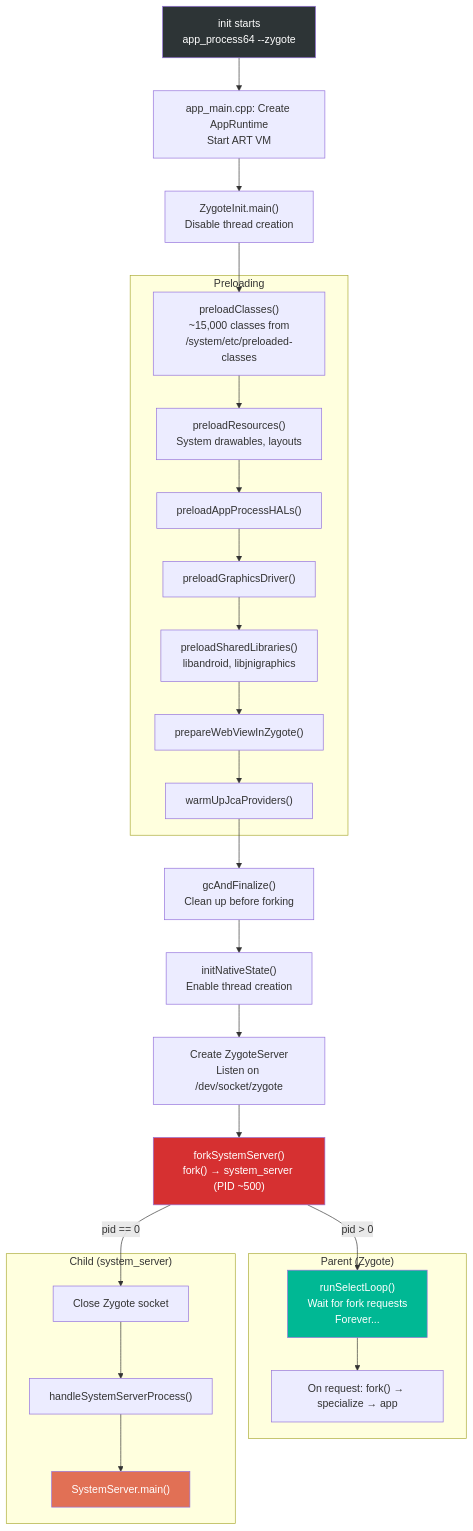
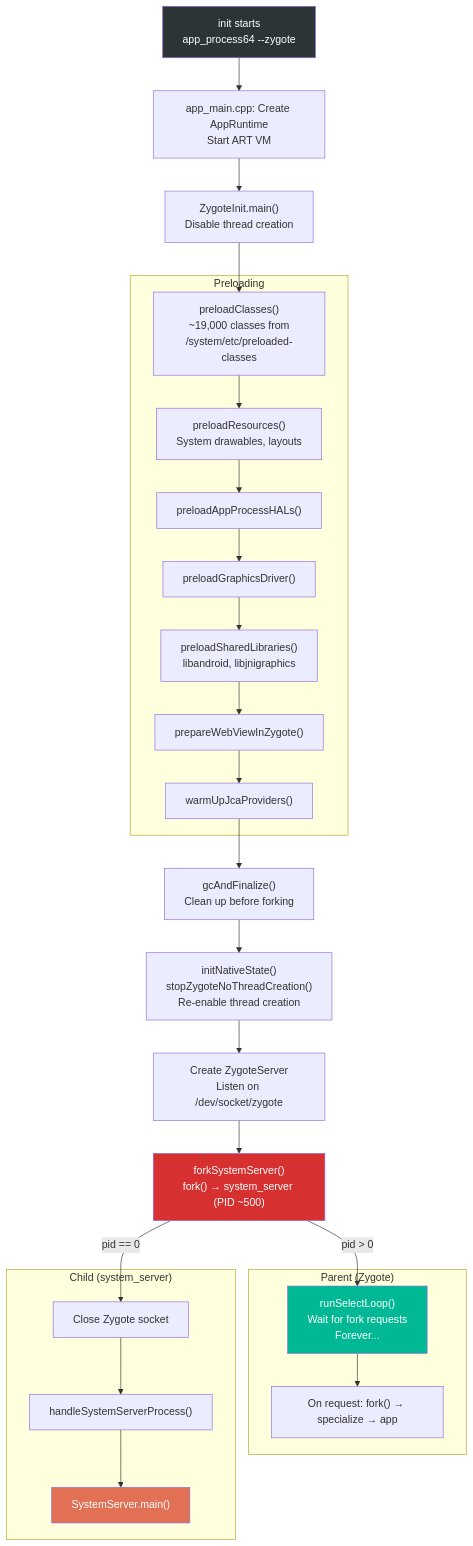
One commit to aospbooks/aosp-internal-book changed the eighth of 16 diagrams in agents/claude/skills/aosp-kernel-and-boot/04-boot-and-init.md. Above: the diagram before and after it, drawn with Mermaid. The commit also changed other lines of this file and 218 other files, not shown here.

````diff
--- a/agents/claude/skills/aosp-kernel-and-boot/04-boot-and-init.md
+++ b/agents/claude/skills/aosp-kernel-and-boot/04-boot-and-init.md
@@ -1837,44 +1871,44 @@
 ```mermaid
 flowchart TD
     IS["init starts<br/>app_process64 --zygote"]
     NI["app_main.cpp: Create AppRuntime<br/>Start ART VM"]
     JE["ZygoteInit.main()<br/>Disable thread creation"]
 
     subgraph "Preloading"
-        PC["preloadClasses()<br/>~15,000 classes from<br/>/system/etc/preloaded-classes"]
+        PC["preloadClasses()<br/>~19,000 classes from<br/>/system/etc/preloaded-classes"]
         PR["preloadResources()<br/>System drawables, layouts"]
         PH["preloadAppProcessHALs()"]
         PG["preloadGraphicsDriver()"]
         PL["preloadSharedLibraries()<br/>libandroid, libjnigraphics"]
         PW["prepareWebViewInZygote()"]
         PJ["warmUpJcaProviders()"]
     end
 
     GC["gcAndFinalize()<br/>Clean up before forking"]
-    NS["initNativeState()<br/>Enable thread creation"]
+    NS["initNativeState()<br/>stopZygoteNoThreadCreation()<br/>Re-enable thread creation"]
     SS["Create ZygoteServer<br/>Listen on /dev/socket/zygote"]
 
     FS["forkSystemServer()<br/>fork() → system_server (PID ~500)"]
 
     subgraph "Parent (Zygote)"
         SL["runSelectLoop()<br/>Wait for fork requests<br/>Forever..."]
         FK["On request: fork() → specialize → app"]
     end
 
     subgraph "Child (system_server)"
         CS["Close Zygote socket"]
         HSP["handleSystemServerProcess()"]
         SSM["SystemServer.main()"]
     end
 
     IS --> NI --> JE
     JE --> PC --> PR --> PH --> PG --> PL --> PW --> PJ
     PJ --> GC --> NS --> SS --> FS
     FS -->|"pid == 0"| CS --> HSP --> SSM
     FS -->|"pid > 0"| SL --> FK
 
     style IS fill:#2d3436,color:#fff
     style FS fill:#d63031,color:#fff
     style SL fill:#00b894,color:#fff
     style SSM fill:#e17055,color:#fff
 ```
````
